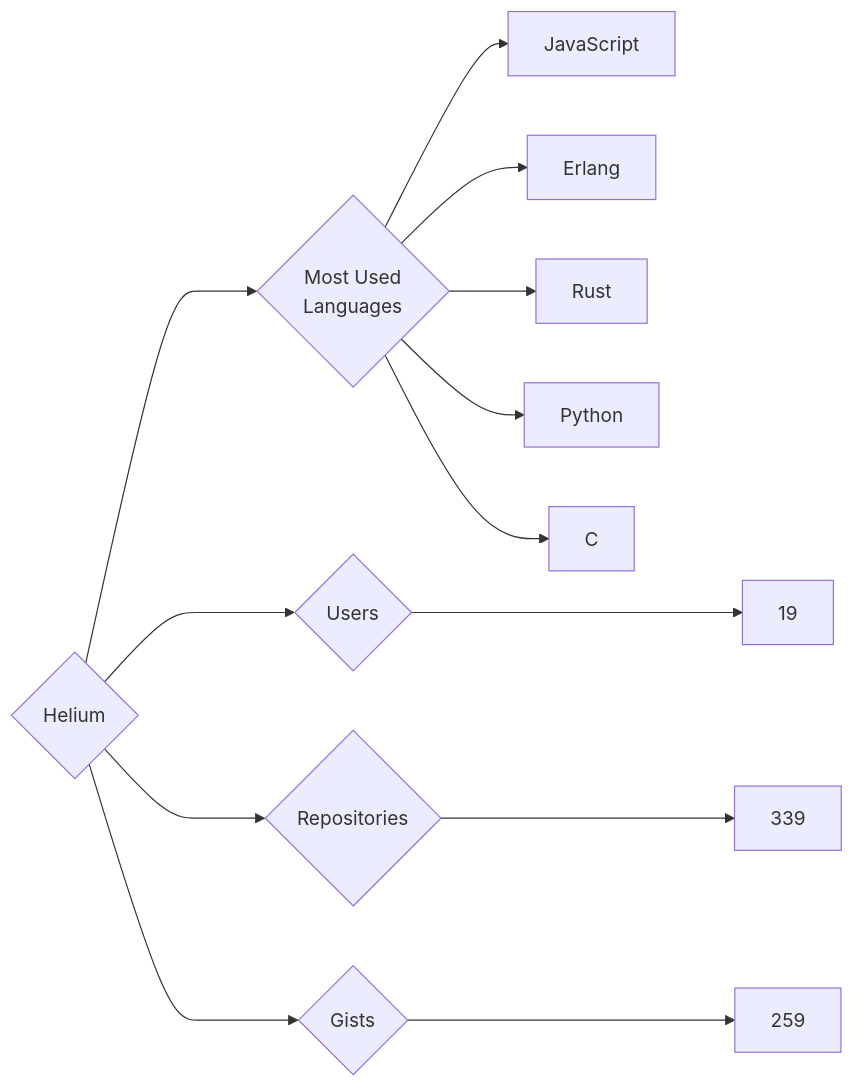
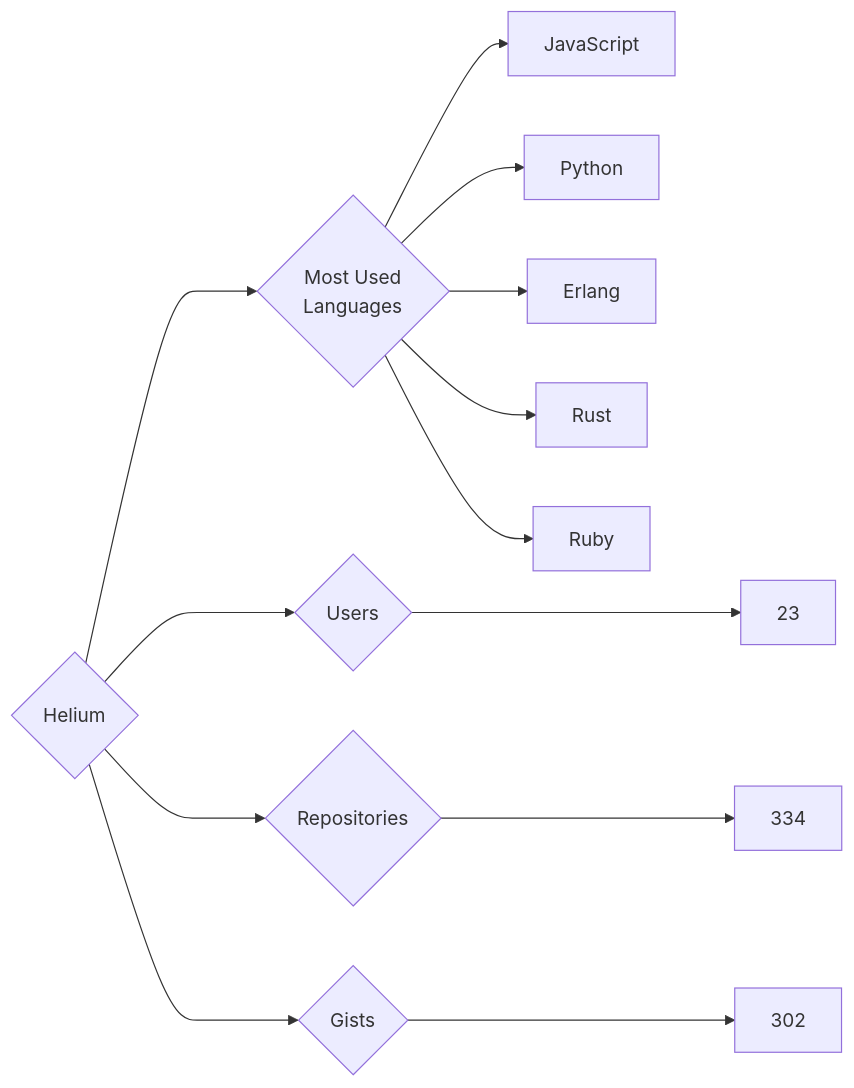
One commit to trickest/insiders changed the diagram in targets/Helium/README.md. Above: the diagram before and after it, drawn with Mermaid. The commit also changed 1238 other files, not shown here.

````diff
--- a/targets/Helium/README.md
+++ b/targets/Helium/README.md
@@ -3,13 +3,13 @@
 ```mermaid
 graph LR
 COMPANY_NAME{Helium}
-COMPANY_NAME ---> U{Users} ---> UN[19]
-COMPANY_NAME ---> R{Repositories} ---> RN[339]
-COMPANY_NAME ---> G{Gists} ---> GN[259]
+COMPANY_NAME ---> U{Users} ---> UN[23]
+COMPANY_NAME ---> R{Repositories} ---> RN[334]
+COMPANY_NAME ---> G{Gists} ---> GN[302]
 COMPANY_NAME ---> ML{Most Used<br>Languages}
 ML --> JavaScript[JavaScript]
+ML --> Python[Python]
 ML --> Erlang[Erlang]
 ML --> Rust[Rust]
-ML --> Python[Python]
-ML --> C[C]
+ML --> Ruby[Ruby]
 ```
````
